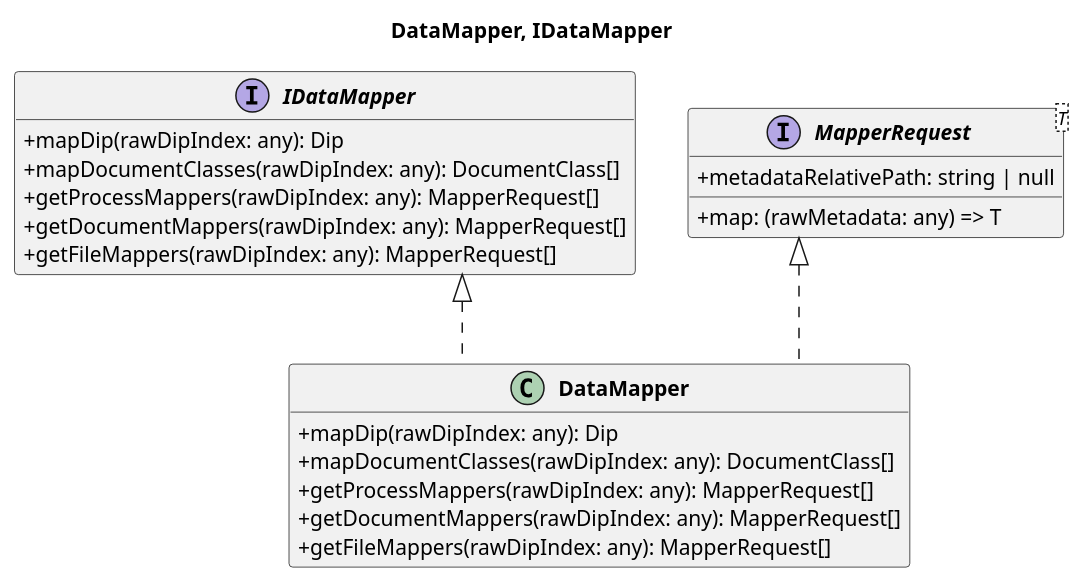
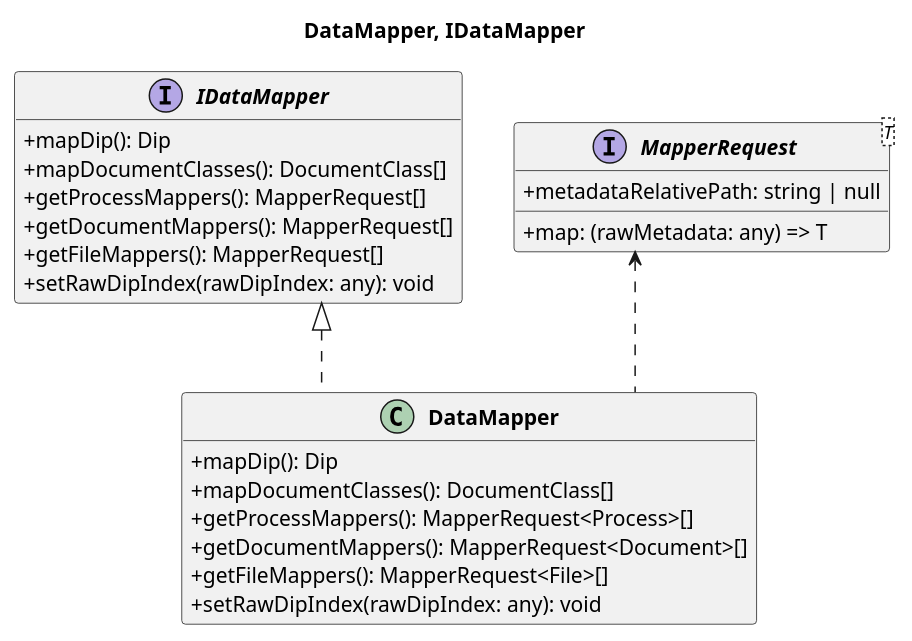
One commit to 7-ZPUs/Docs changed the diagram in 3_PB/DocumentiEsterni/DiagrammiSpecificaTecnica/C4/C4_Main_Indexing_Flow_DataMapper.puml. Above: the diagram before and after it, drawn with PlantUML. The commit also changed 13 other files, not shown here.

```diff
--- a/3_PB/DocumentiEsterni/DiagrammiSpecificaTecnica/C4/C4_Main_Indexing_Flow_DataMapper.puml
+++ b/3_PB/DocumentiEsterni/DiagrammiSpecificaTecnica/C4/C4_Main_Indexing_Flow_DataMapper.puml
@@ -1,37 +1,39 @@
 @startuml Class Diagram - Main Indexing Flow - Group 2
 
 top to bottom direction
 skinparam classAttributeIconSize 0
 skinparam classFontStyle bold
 skinparam packageStyle rectangle
 skinparam linetype ortho
 hide empty members
 
 
 title DataMapper, IDataMapper
 
   interface IDataMapper {
-    + mapDip(rawDipIndex: any): Dip
-    + mapDocumentClasses(rawDipIndex: any): DocumentClass[]
-    + getProcessMappers(rawDipIndex: any): MapperRequest[]
-    + getDocumentMappers(rawDipIndex: any): MapperRequest[]
-    + getFileMappers(rawDipIndex: any): MapperRequest[]
+    + mapDip(): Dip
+    + mapDocumentClasses(): DocumentClass[]
+    + getProcessMappers(): MapperRequest[]
+    + getDocumentMappers(): MapperRequest[]
+    + getFileMappers(): MapperRequest[]
+    + setRawDipIndex(rawDipIndex: any): void
   }
 
   class DataMapper {
-    + mapDip(rawDipIndex: any): Dip
-    + mapDocumentClasses(rawDipIndex: any): DocumentClass[]
-    + getProcessMappers(rawDipIndex: any): MapperRequest[]
-    + getDocumentMappers(rawDipIndex: any): MapperRequest[]
-    + getFileMappers(rawDipIndex: any): MapperRequest[]
+    + mapDip(): Dip
+    + mapDocumentClasses(): DocumentClass[]
+    + getProcessMappers(): MapperRequest<Process>[]
+    + getDocumentMappers(): MapperRequest<Document>[]
+    + getFileMappers(): MapperRequest<File>[]
+    + setRawDipIndex(rawDipIndex: any): void
   }
 
   interface MapperRequest<T> {
     + metadataRelativePath: string | null
     + map: (rawMetadata: any) => T 
   }
 
 IDataMapper <|.. DataMapper
-MapperRequest <|.. DataMapper
+MapperRequest <.. DataMapper
 
 @enduml
```
